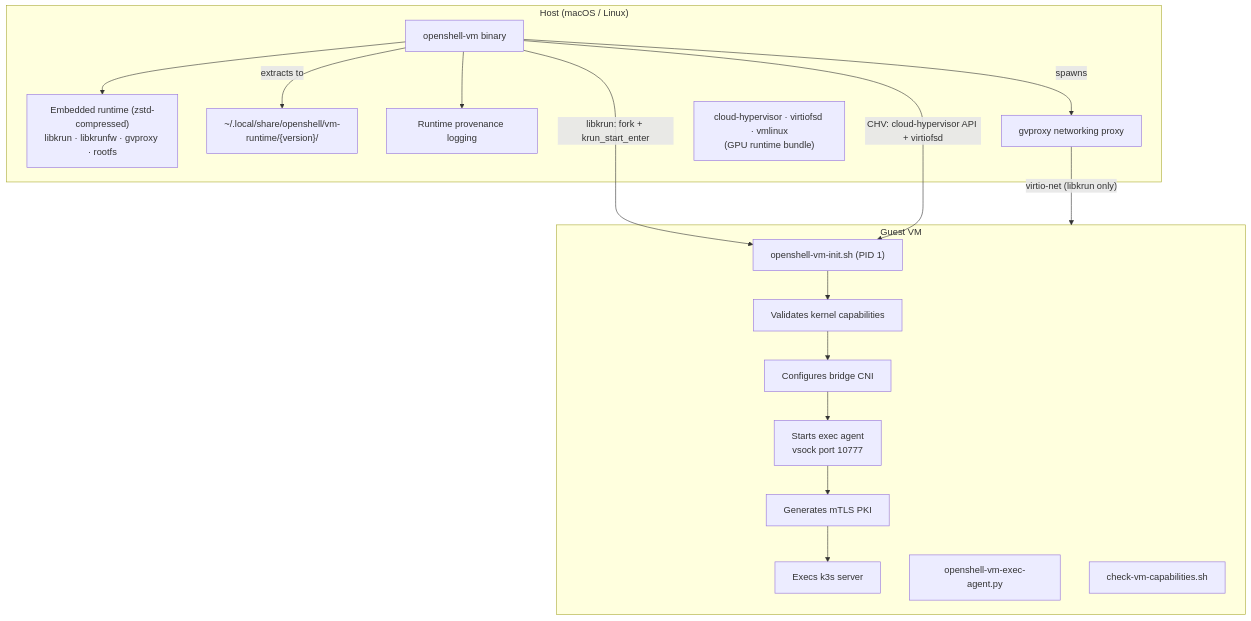
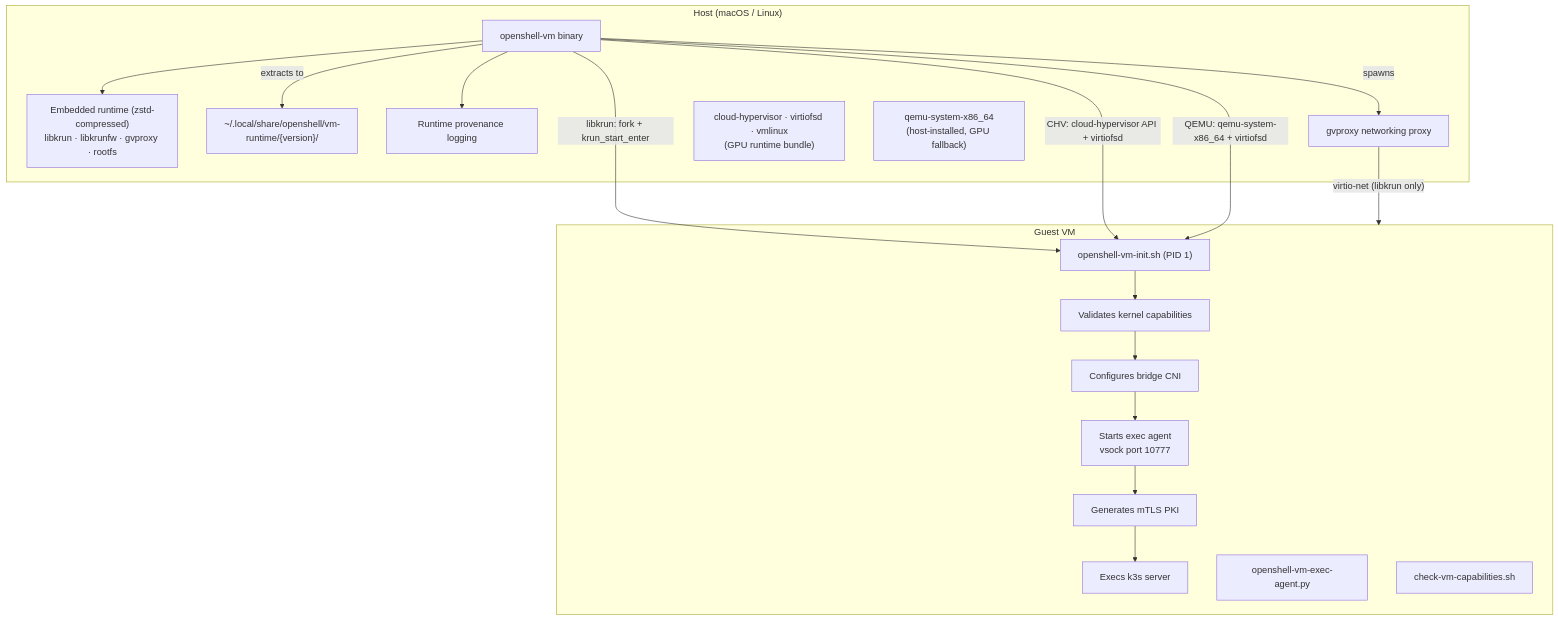
The first of 3 diagrams in architecture/custom-vm-runtime.md (NVIDIA/OpenShell), drawn with Mermaid before and after one commit. The commit also changed other lines of this file and 23 other files, not shown here.

````diff
--- a/architecture/custom-vm-runtime.md
+++ b/architecture/custom-vm-runtime.md
@@ -32,33 +36,35 @@
 ```mermaid
 graph TD
     subgraph Host["Host (macOS / Linux)"]
         BIN[openshell-vm binary]
         EMB["Embedded runtime (zstd-compressed)\nlibkrun · libkrunfw · gvproxy · rootfs"]
         CACHE["~/.local/share/openshell/vm-runtime/{version}/"]
         PROV[Runtime provenance logging]
         GVP[gvproxy networking proxy]
         CHV_BIN["cloud-hypervisor · virtiofsd · vmlinux\n(GPU runtime bundle)"]
+        QEMU_BIN["qemu-system-x86_64\n(host-installed, GPU fallback)"]
 
         BIN --> EMB
         BIN -->|extracts to| CACHE
         BIN --> PROV
         BIN -->|spawns| GVP
     end
 
     subgraph Guest["Guest VM"]
         INIT["openshell-vm-init.sh (PID 1)"]
         VAL[Validates kernel capabilities]
         CNI[Configures bridge CNI]
         EXECA["Starts exec agent\nvsock port 10777"]
         PKI[Generates mTLS PKI]
         K3S[Execs k3s server]
         EXECPY["openshell-vm-exec-agent.py"]
         CHK["check-vm-capabilities.sh"]
 
         INIT --> VAL --> CNI --> EXECA --> PKI --> K3S
     end
 
     BIN -- "libkrun: fork + krun_start_enter" --> INIT
     BIN -- "CHV: cloud-hypervisor API + virtiofsd" --> INIT
+    BIN -- "QEMU: qemu-system-x86_64 + virtiofsd" --> INIT
     GVP -- "virtio-net (libkrun only)" --> Guest
 ```
````
